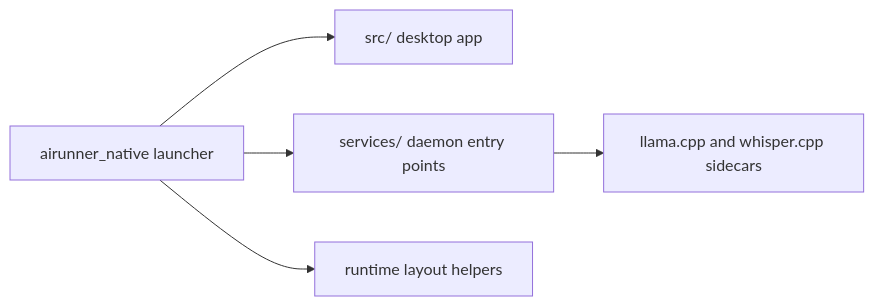
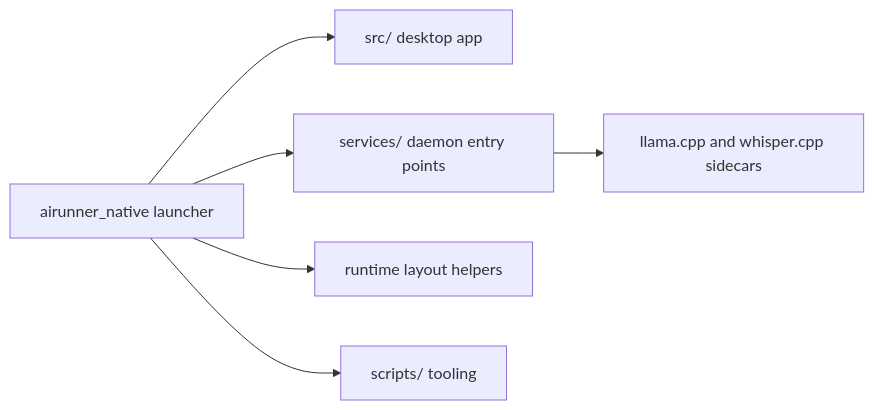
The diagram in native/README.md (Capsize-Games/airunner), drawn with Mermaid before and after one commit. The commit also changed other lines of this file and 10 other files, not shown here.

````diff
--- a/native/README.md
+++ b/native/README.md
@@ -10,7 +10,8 @@
 ```mermaid
 flowchart LR
 	Python[airunner_native launcher] --> GUI[src/ desktop app]
 	Python --> Services[services/ daemon entry points]
 	Services --> Sidecars[llama.cpp and whisper.cpp sidecars]
 	Python --> RuntimeLayout[runtime layout helpers]
+	Python --> Scripts[scripts/ tooling]
 ```
````
